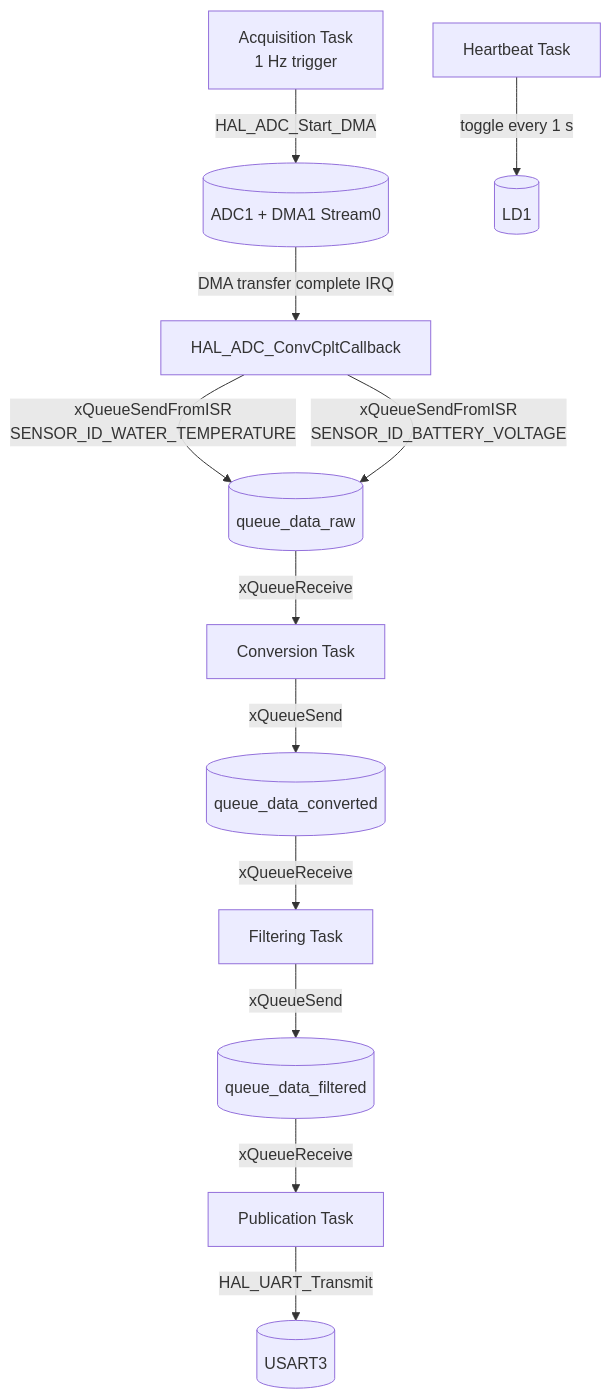
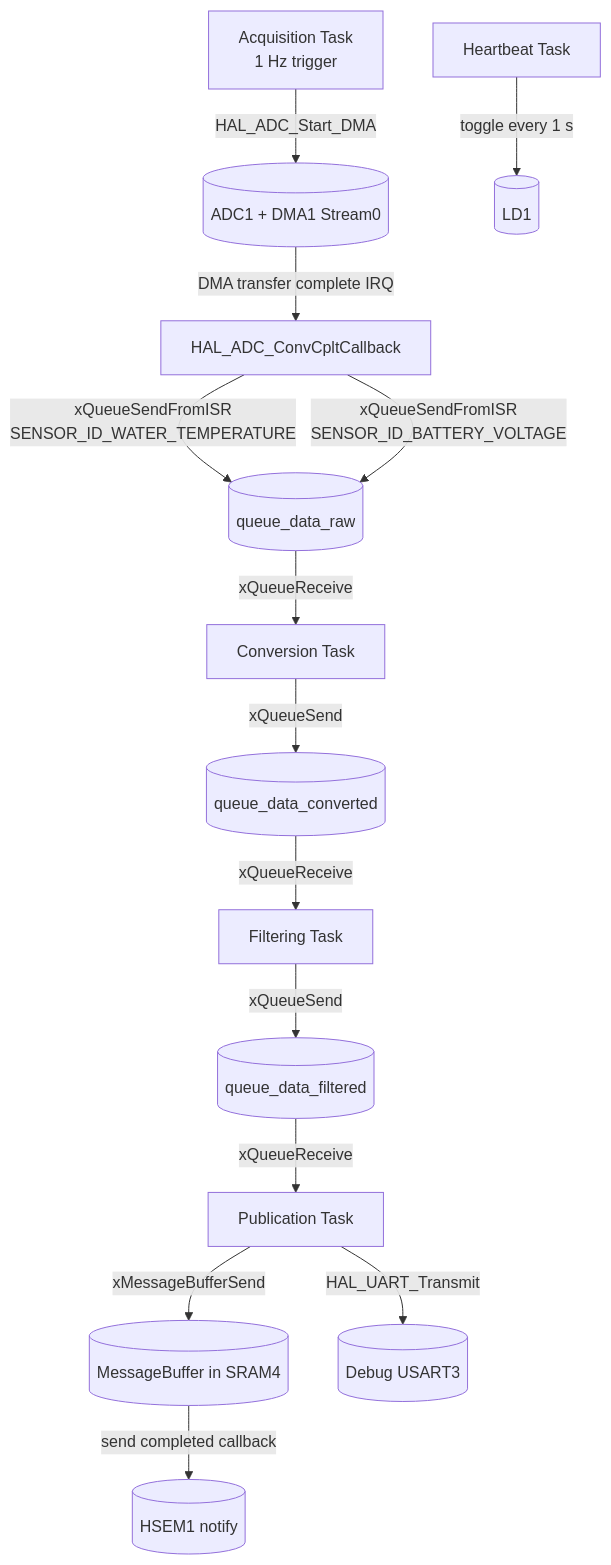
One commit to MatiMcFly/t3-digidash changed the first of 2 diagrams in fw/nucleo/README.md. Above: the diagram before and after it, drawn with Mermaid. The commit also changed other lines of this file, not shown here.

````diff
--- a/fw/nucleo/README.md
+++ b/fw/nucleo/README.md
@@ -25,34 +55,38 @@
 ```mermaid
 flowchart TB
     ACQ[Acquisition Task\n1 Hz trigger]
     ISR[HAL_ADC_ConvCpltCallback]
     CONV[Conversion Task]
     FILT[Filtering Task]
     PUB[Publication Task]
     HB[Heartbeat Task]
 
     QRAW[(queue_data_raw)]
     QCONV[(queue_data_converted)]
     QFILT[(queue_data_filtered)]
+    IPC[(MessageBuffer in SRAM4)]
+    HSEM[(HSEM1 notify)]
 
     ADC[(ADC1 + DMA1 Stream0)]
-    UART[(USART3)]
+    UART[(Debug USART3)]
     LED[(LD1)]
 
     ACQ -->|HAL_ADC_Start_DMA| ADC
     ADC -->|DMA transfer complete IRQ| ISR
 
     ISR -->|xQueueSendFromISR\nSENSOR_ID_WATER_TEMPERATURE| QRAW
     ISR -->|xQueueSendFromISR\nSENSOR_ID_BATTERY_VOLTAGE| QRAW
 
     QRAW -->|xQueueReceive| CONV
     CONV -->|xQueueSend| QCONV
 
     QCONV -->|xQueueReceive| FILT
     FILT -->|xQueueSend| QFILT
 
     QFILT -->|xQueueReceive| PUB
     PUB -->|HAL_UART_Transmit| UART
+    PUB -->|xMessageBufferSend| IPC
+    IPC -->|send completed callback| HSEM
 
     HB -->|toggle every 1 s| LED
 ```
````
